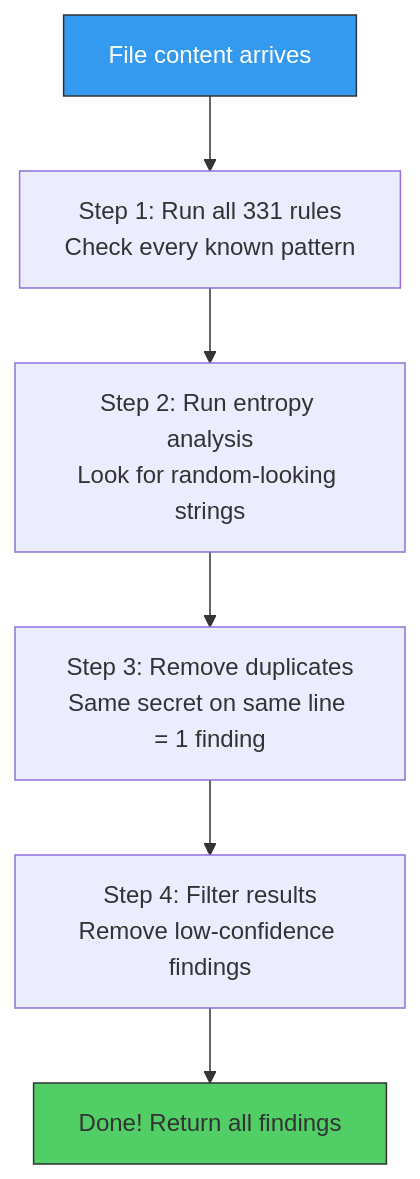
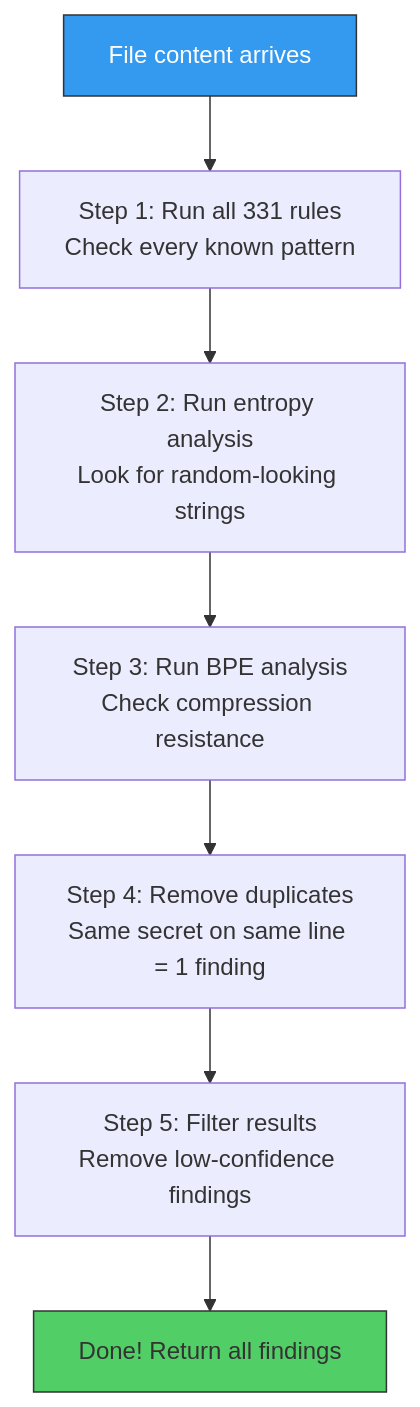
Diagram 12 of 30 in docs/training/00-System-Design-Simplified.md (svemulapati/CredVigil), drawn with Mermaid before and after one commit. The commit also changed other lines of this file and 8 other files, not shown here.

````diff
--- a/docs/training/00-System-Design-Simplified.md
+++ b/docs/training/00-System-Design-Simplified.md
@@ -520,11 +532,12 @@
 ```mermaid
 flowchart TD
     START["File content arrives"] --> RULES["Step 1: Run all 331 rules<br/>Check every known pattern"]
     RULES --> ENTROPY["Step 2: Run entropy analysis<br/>Look for random-looking strings"]
-    ENTROPY --> DEDUP["Step 3: Remove duplicates<br/>Same secret on same line = 1 finding"]
-    DEDUP --> FILTER["Step 4: Filter results<br/>Remove low-confidence findings"]
+    ENTROPY --> BPE["Step 3: Run BPE analysis<br/>Check compression resistance"]
+    BPE --> DEDUP["Step 4: Remove duplicates<br/>Same secret on same line = 1 finding"]
+    DEDUP --> FILTER["Step 5: Filter results<br/>Remove low-confidence findings"]
     FILTER --> DONE["Done! Return all findings"]
 
     style START fill:#339af0,stroke:#333,color:#fff
     style DONE fill:#51cf66,stroke:#333
 ```
````
